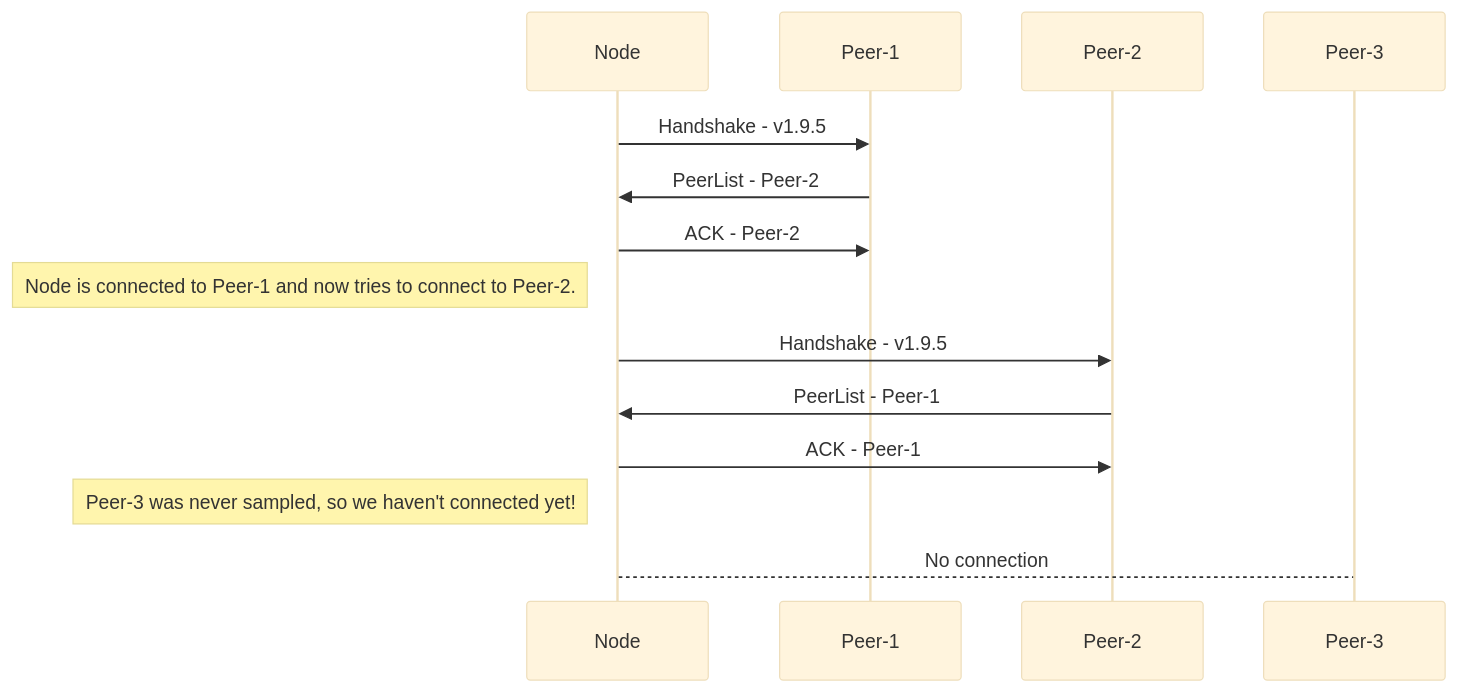
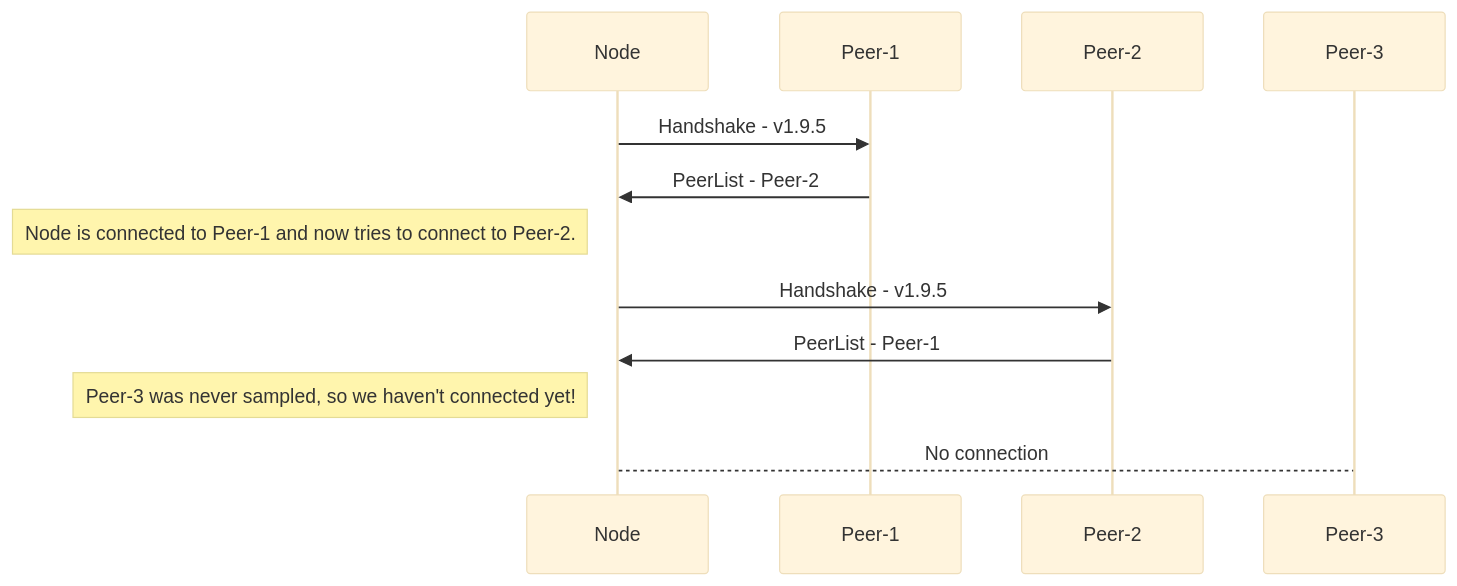
The fourth of 5 diagrams in network/README.md (ava-labs/avalanchego), drawn with Mermaid (base theme) before and after one commit. The commit also changed other lines of this file, not shown here.

````diff
--- a/network/README.md
+++ b/network/README.md
@@ -91,12 +90,10 @@
 ```mermaid
 sequenceDiagram
 Node ->> Peer-1: Handshake - v1.9.5
 Peer-1 ->> Node: PeerList - Peer-2
-Node ->> Peer-1: ACK - Peer-2
 Note left of Node: Node is connected to Peer-1 and now tries to connect to Peer-2.
 Node ->> Peer-2: Handshake - v1.9.5
 Peer-2 ->> Node: PeerList - Peer-1
-Node ->> Peer-2: ACK - Peer-1
 Note left of Node: Peer-3 was never sampled, so we haven't connected yet!
 Node --> Peer-3: No connection
 ```
````
